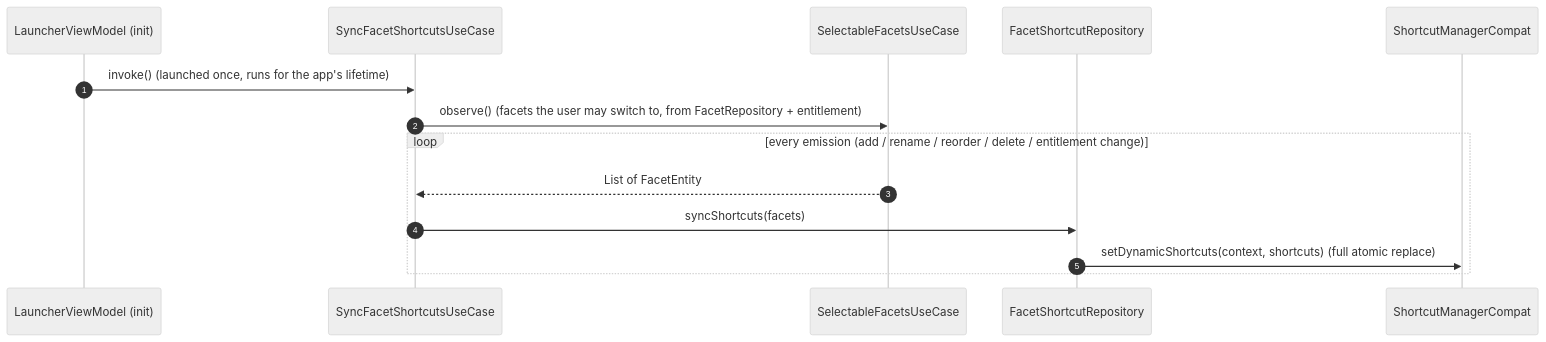
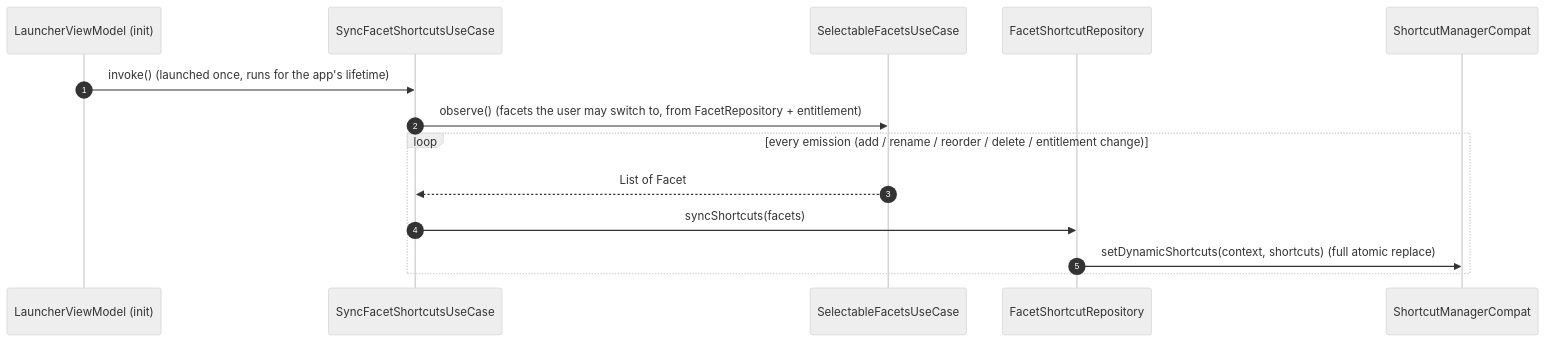
One commit to rohitganjam/facet-launcher changed the first of 2 diagrams in docs/architecture/14-flow-deep-links-and-shortcuts.md. Above: the diagram before and after it, drawn with Mermaid (neutral theme). The commit also changed 90 other files, not shown here.

First line of the commit message:
Introduce the Facet model: FacetEntity stays inside data/local

````diff
--- a/docs/architecture/14-flow-deep-links-and-shortcuts.md
+++ b/docs/architecture/14-flow-deep-links-and-shortcuts.md
@@ -11,16 +11,16 @@
 ```mermaid
 sequenceDiagram
     autonumber
     participant LVM as LauncherViewModel (init)
     participant UC as SyncFacetShortcutsUseCase
     participant SF as SelectableFacetsUseCase
     participant SR as FacetShortcutRepository
     participant SM as ShortcutManagerCompat
     LVM->>UC: invoke()   (launched once, runs for the app's lifetime)
     UC->>SF: observe()   (facets the user may switch to, from FacetRepository + entitlement)
     loop every emission (add / rename / reorder / delete / entitlement change)
-        SF-->>UC: List of FacetEntity
+        SF-->>UC: List of Facet
         UC->>SR: syncShortcuts(facets)
         SR->>SM: setDynamicShortcuts(context, shortcuts)   (full atomic replace)
     end
 ```
````
